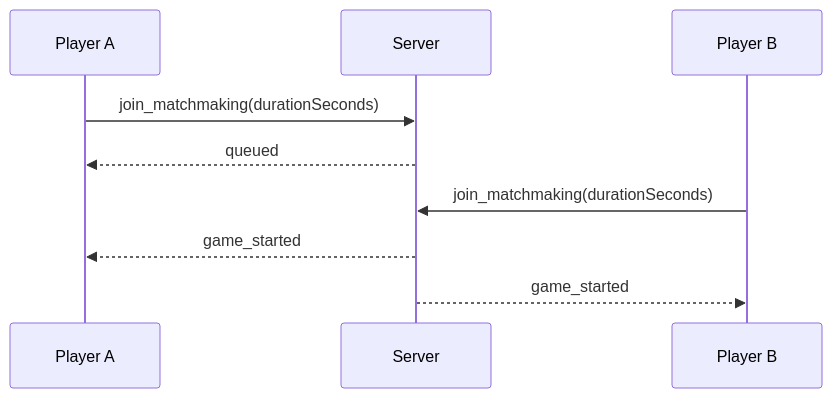
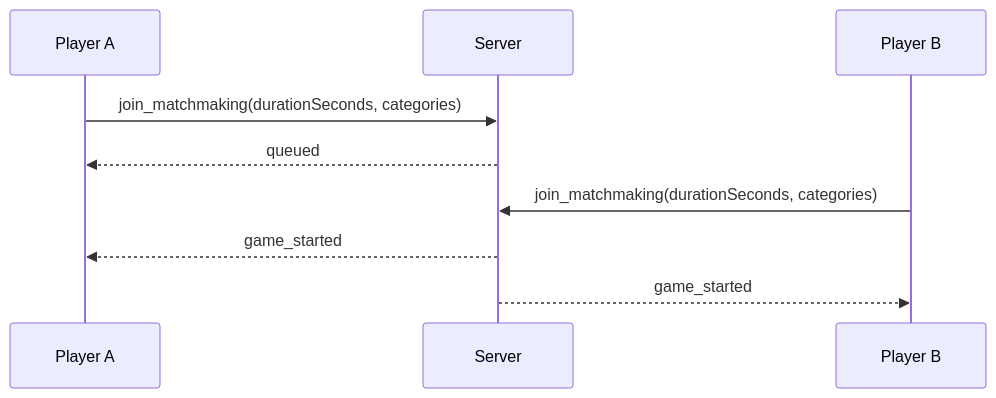
The third of 4 diagrams in docs/HLD.md (singhayush17/code-clash-v2), drawn with Mermaid before and after one commit. The commit also changed other lines of this file and 7 other files, not shown here.

````diff
--- a/docs/HLD.md
+++ b/docs/HLD.md
@@ -71,11 +72,11 @@
 ```mermaid
 sequenceDiagram
   participant A as Player A
   participant S as Server
   participant B as Player B
-  A->>S: join_matchmaking(durationSeconds)
+  A->>S: join_matchmaking(durationSeconds, categories)
   S-->>A: queued
-  B->>S: join_matchmaking(durationSeconds)
+  B->>S: join_matchmaking(durationSeconds, categories)
   S-->>A: game_started
   S-->>B: game_started
 ```
````
